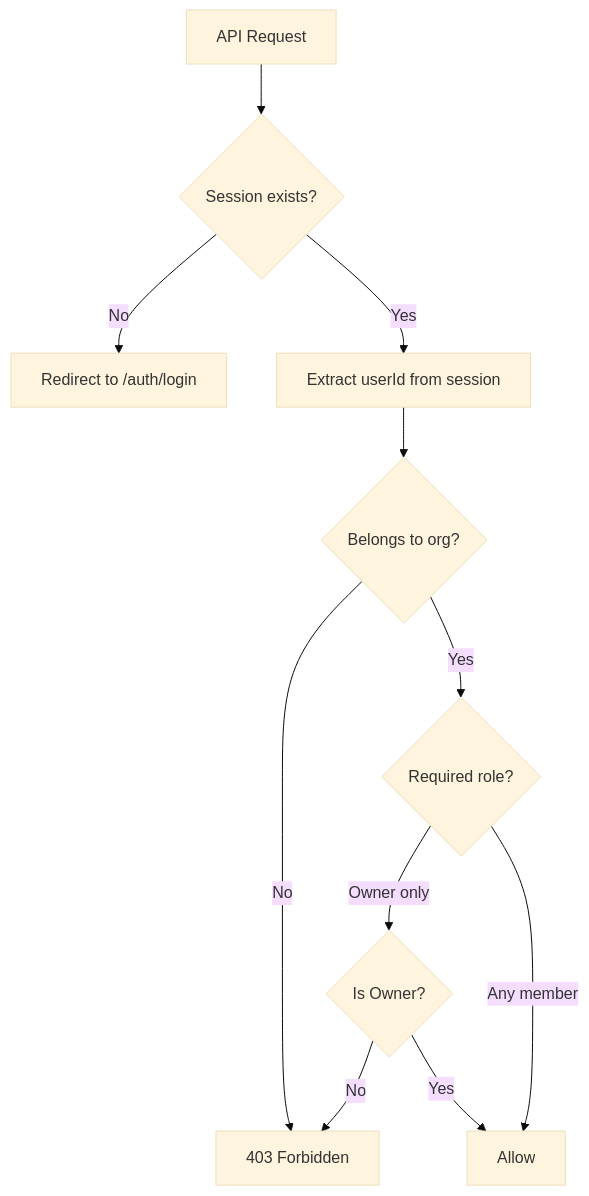
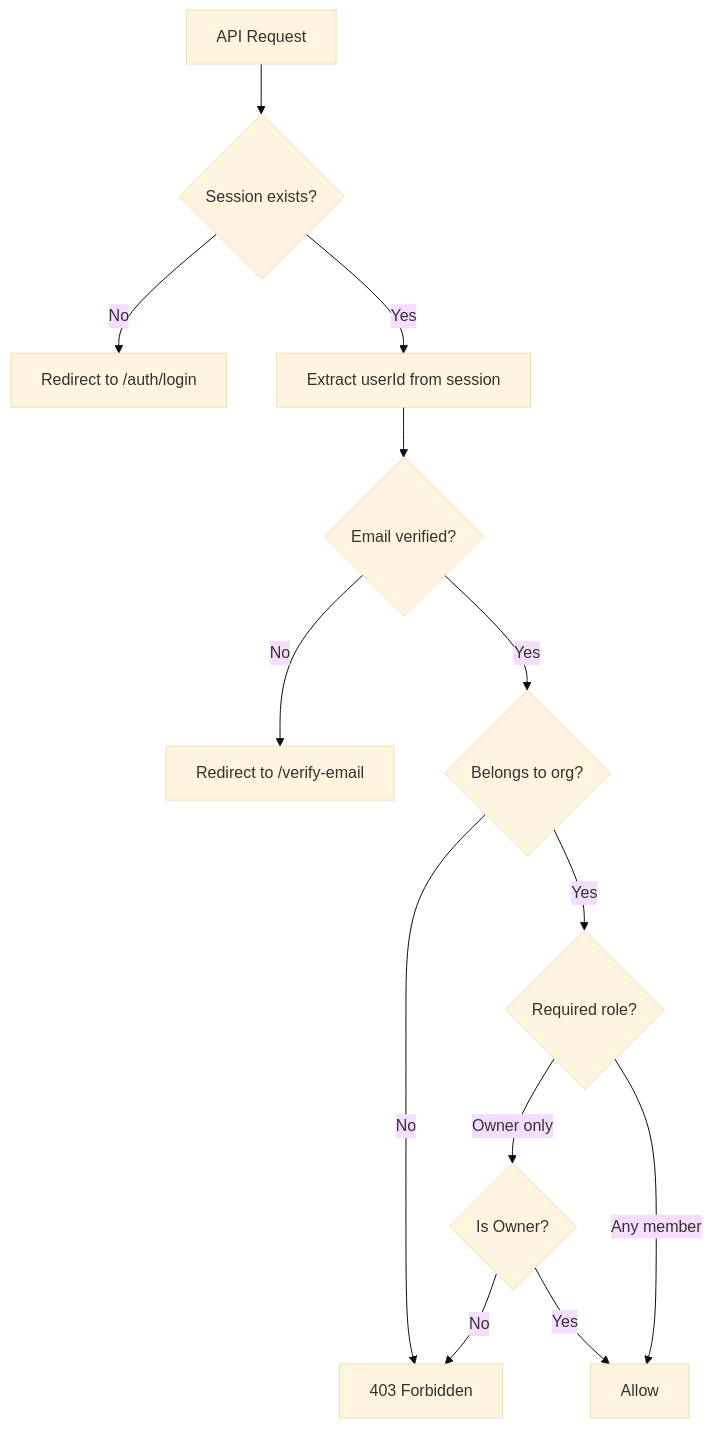
Diagram 14 of 15 in epics/01-epic-first-signin-org/architecture/architecture.md (lekhasy/Vut), drawn with Mermaid (base theme) before and after one commit. The commit also changed other lines of this file and 13 other files, not shown here.

````diff
--- a/epics/01-epic-first-signin-org/architecture/architecture.md
+++ b/epics/01-epic-first-signin-org/architecture/architecture.md
@@ -904,13 +1024,15 @@
 ```mermaid
 flowchart TD
     Request[API Request] --> CheckSession{Session exists?}
     CheckSession -->|No| Redirect[Redirect to /auth/login]
     CheckSession -->|Yes| ExtractUserId[Extract userId from session]
-    ExtractUserId --> CheckMembership{Belongs to org?}
+    ExtractUserId --> CheckEmail{Email verified?}
+    CheckEmail -->|No| VerifyPage[Redirect to /verify-email]
+    CheckEmail -->|Yes| CheckMembership{Belongs to org?}
     CheckMembership -->|No| Deny[403 Forbidden]
     CheckMembership -->|Yes| CheckRole{Required role?}
     CheckRole -->|Owner only| IsOwner{Is Owner?}
     IsOwner -->|Yes| Allow[Allow]
     IsOwner -->|No| Deny
     CheckRole -->|Any member| Allow
 ```
````
